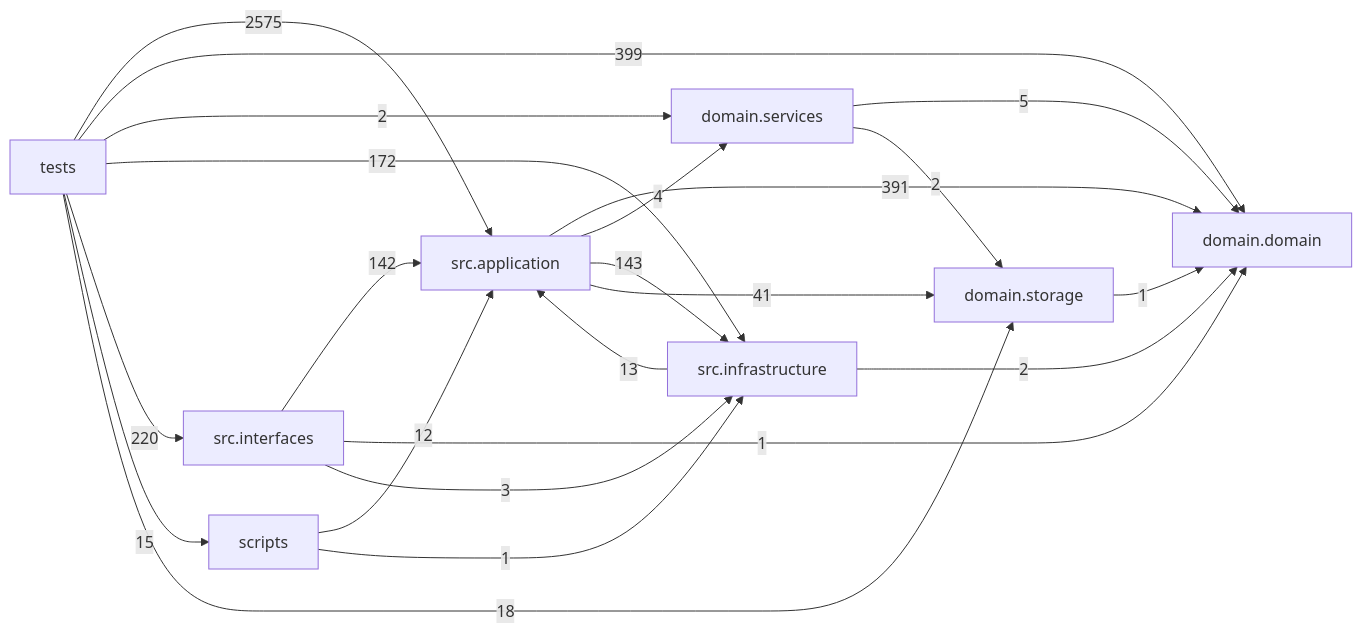
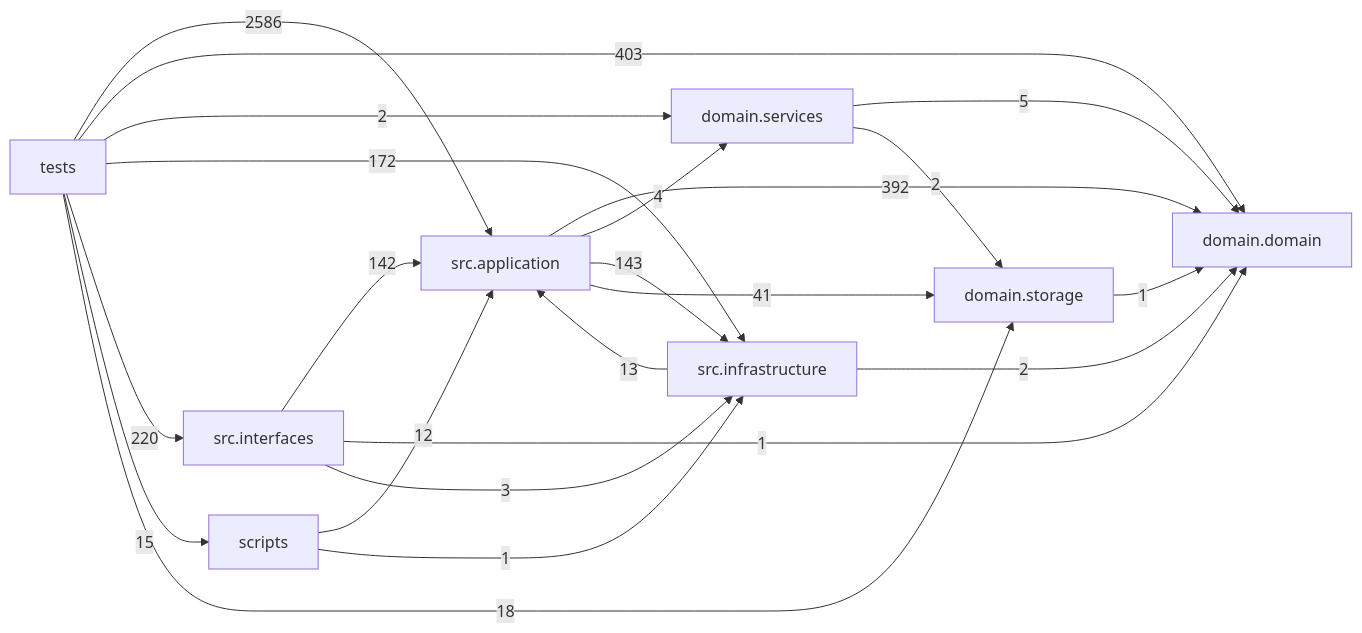
One commit to liuxie066/options-monitor changed the diagram in docs/DEPENDENCY_GRAPH.md. Above: the diagram before and after it, drawn with Mermaid. The commit also changed other lines of this file and 14 other files, not shown here.

Commit message:
fix(candidate): restore term-matched RV flow

````diff
--- a/docs/DEPENDENCY_GRAPH.md
+++ b/docs/DEPENDENCY_GRAPH.md
@@ -24,32 +24,32 @@
 ```mermaid
 flowchart LR
   tests["tests"]
   scripts["scripts"]
   interfaces["src.interfaces"]
   application["src.application"]
   infrastructure["src.infrastructure"]
   domain_services["domain.services"]
   domain["domain.domain"]
   storage["domain.storage"]
-  application -->|391| domain
+  application -->|392| domain
   application -->|4| domain_services
   application -->|143| infrastructure
   application -->|41| storage
   domain_services -->|5| domain
   domain_services -->|2| storage
   infrastructure -->|13| application
   infrastructure -->|2| domain
   interfaces -->|142| application
   interfaces -->|1| domain
   interfaces -->|3| infrastructure
   scripts -->|12| application
   scripts -->|1| infrastructure
   storage -->|1| domain
-  tests -->|2575| application
-  tests -->|399| domain
+  tests -->|2586| application
+  tests -->|403| domain
   tests -->|2| domain_services
   tests -->|172| infrastructure
   tests -->|220| interfaces
   tests -->|15| scripts
   tests -->|18| storage
 ```
````
